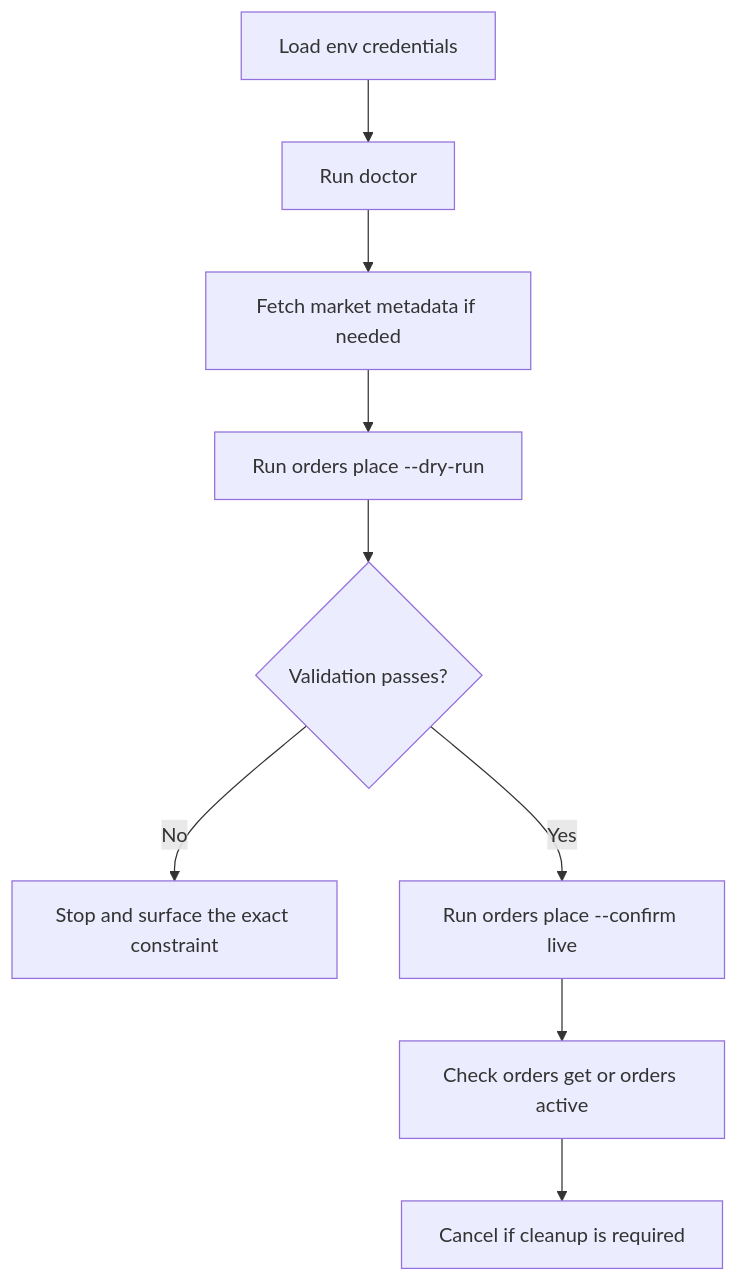
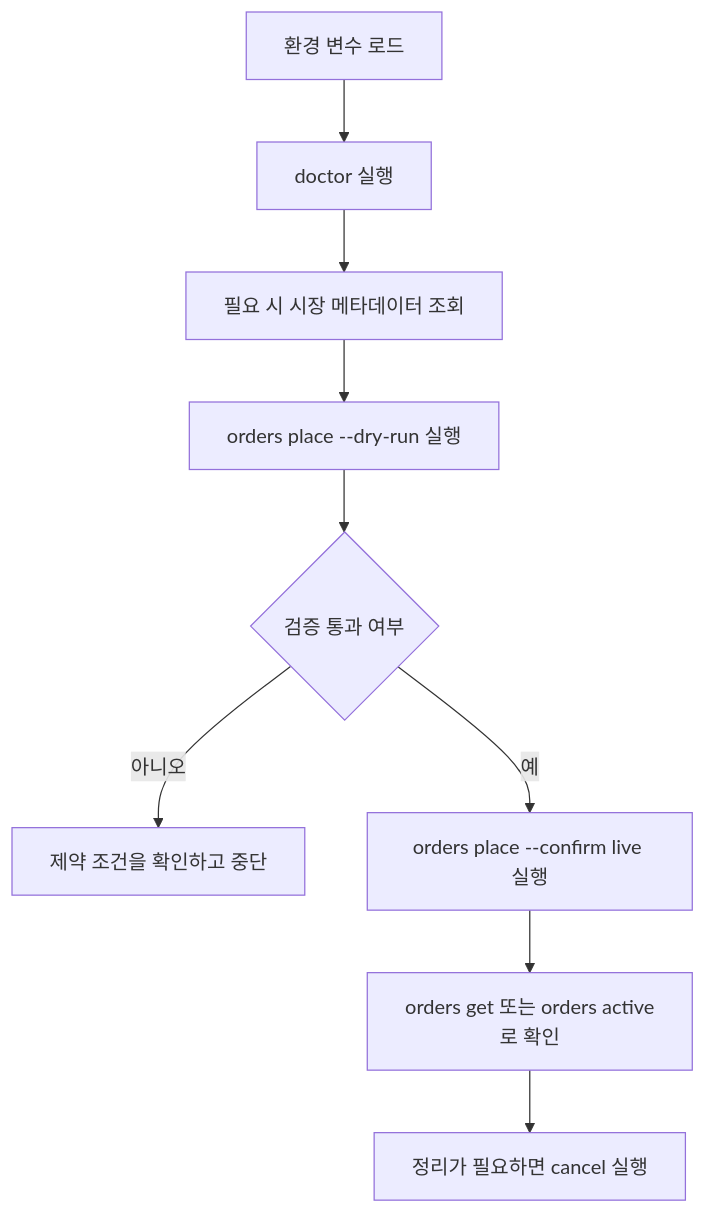
Before and after one commit to 2sem/coinone-api-cli: the diagram in docs/quickstart.md, drawn with Mermaid. The commit also changed other lines of this file and 7 other files, not shown here.

````diff
--- a/docs/quickstart.md
+++ b/docs/quickstart.md
@@ -59,11 +59,11 @@
 ```mermaid
 flowchart TD
-  A[Load env credentials] --> B[Run doctor]
-  B --> C[Fetch market metadata if needed]
-  C --> D[Run orders place --dry-run]
-  D --> E{Validation passes?}
-  E -- No --> F[Stop and surface the exact constraint]
-  E -- Yes --> G[Run orders place --confirm live]
-  G --> H[Check orders get or orders active]
-  H --> I[Cancel if cleanup is required]
+  A[환경 변수 로드] --> B[doctor 실행]
+  B --> C[필요 시 시장 메타데이터 조회]
+  C --> D[orders place --dry-run 실행]
+  D --> E{검증 통과 여부}
+  E -- 아니오 --> F[제약 조건을 확인하고 중단]
+  E -- 예 --> G[orders place --confirm live 실행]
+  G --> H[orders get 또는 orders active로 확인]
+  H --> I[정리가 필요하면 cancel 실행]
 ```
````
